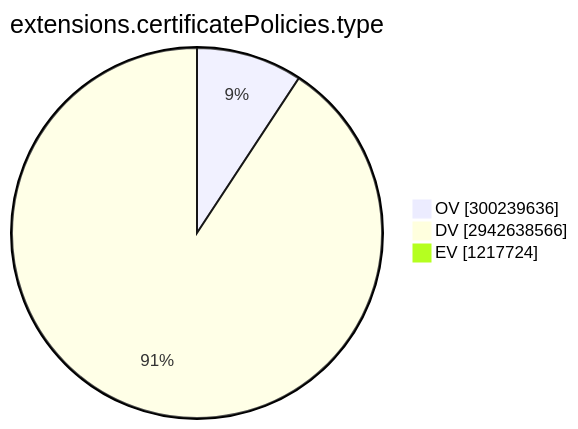
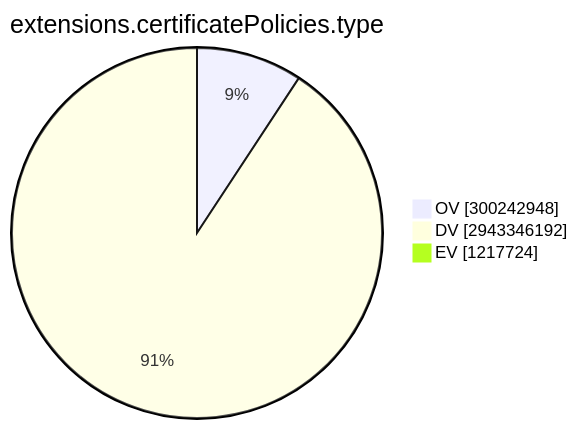
One commit to christiankrug/ctmonitor_visualization changed the ninth of 15 diagrams in TOTAL/README.md. Above: the diagram before and after it, drawn with Mermaid. The commit also changed other lines of this file, not shown here.

````diff
--- a/TOTAL/README.md
+++ b/TOTAL/README.md
@@ -3101,7 +3101,7 @@
 ```mermaid
 pie showData
 title extensions.certificatePolicies.type
-"OV" :300239636
-"DV" :2942638566
+"OV" :300242948
+"DV" :2943346192
 "EV" :1217724
 ```
````
